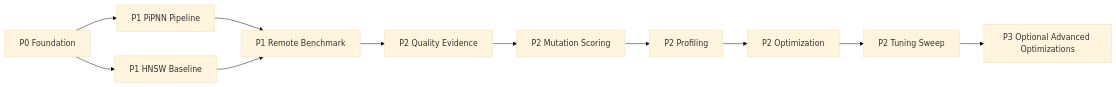
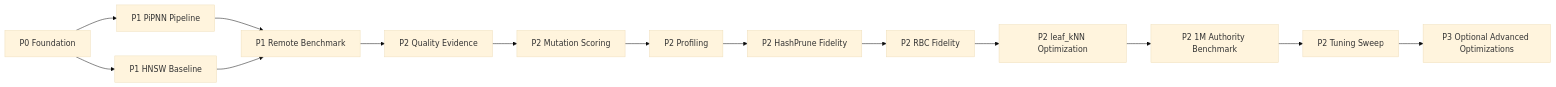
One commit to benwuhua/pipnn changed diagram 17 of 17 in docs/plans/2026-03-12-pipnn-poc-design.md. Above: the diagram before and after it, drawn with Mermaid (base theme). The commit also changed other lines of this file and 51 other files, not shown here.

````diff
--- a/docs/plans/2026-03-12-pipnn-poc-design.md
+++ b/docs/plans/2026-03-12-pipnn-poc-design.md
@@ -367,13 +455,16 @@
 ```mermaid
 graph LR
   P0[P0 Foundation] --> P1A[P1 PiPNN Pipeline]
   P0 --> P1B[P1 HNSW Baseline]
   P1A --> P1C[P1 Remote Benchmark]
   P1B --> P1C
   P1C --> P2Q[P2 Quality Evidence]
   P2Q --> P2M[P2 Mutation Scoring]
   P2M --> P2A[P2 Profiling]
-  P2A --> P2B[P2 Optimization]
+  P2A --> P2H[P2 HashPrune Fidelity]
+  P2H --> P2R[P2 RBC Fidelity]
+  P2R --> P2L[P2 leaf_kNN Optimization]
+  P2L --> P2B[P2 1M Authority Benchmark]
   P2B --> P2C[P2 Tuning Sweep]
   P2C --> P3[P3 Optional Advanced Optimizations]
 ```
````
